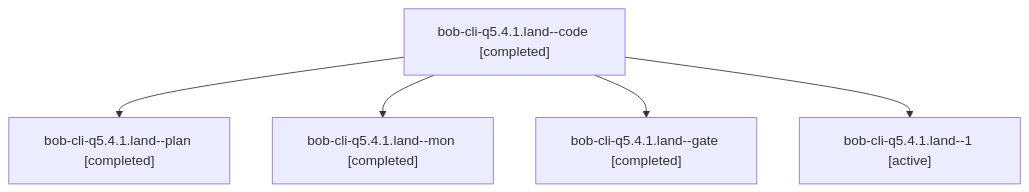
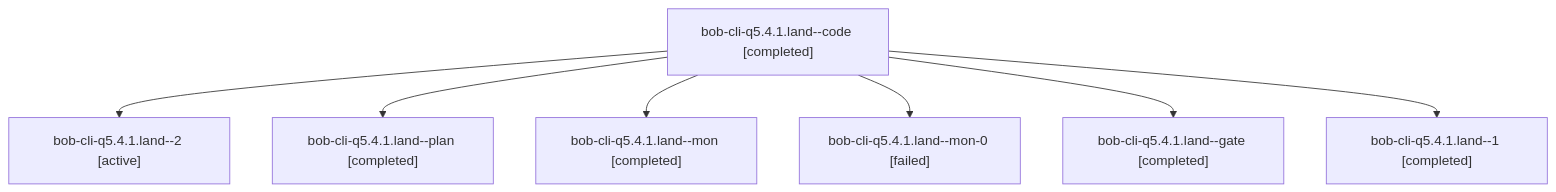
Before and after one commit to bobs-org/bob-cli--agents: the diagram in sessions/bbugyi200.athena.bob-cli-q5.4.1.land.md, drawn with Mermaid. The commit also changed other lines of this file and 179 other files, not shown here.

````diff
--- a/sessions/bbugyi200.athena.bob-cli-q5.4.1.land.md
+++ b/sessions/bbugyi200.athena.bob-cli-q5.4.1.land.md
@@ -9,12 +9,16 @@
 ```mermaid
 flowchart TD
   n0["bob-cli-q5.4.1.land--code [completed]"]
-  n1["bob-cli-q5.4.1.land--plan [completed]"]
+  n1["bob-cli-q5.4.1.land--2 [active]"]
   n0 --> n1
-  n2["bob-cli-q5.4.1.land--mon [completed]"]
+  n2["bob-cli-q5.4.1.land--plan [completed]"]
   n0 --> n2
-  n3["bob-cli-q5.4.1.land--gate [completed]"]
+  n3["bob-cli-q5.4.1.land--mon [completed]"]
   n0 --> n3
-  n4["bob-cli-q5.4.1.land--1 [active]"]
+  n4["bob-cli-q5.4.1.land--mon-0 [failed]"]
   n0 --> n4
+  n5["bob-cli-q5.4.1.land--gate [completed]"]
+  n0 --> n5
+  n6["bob-cli-q5.4.1.land--1 [completed]"]
+  n0 --> n6
 ```
````
